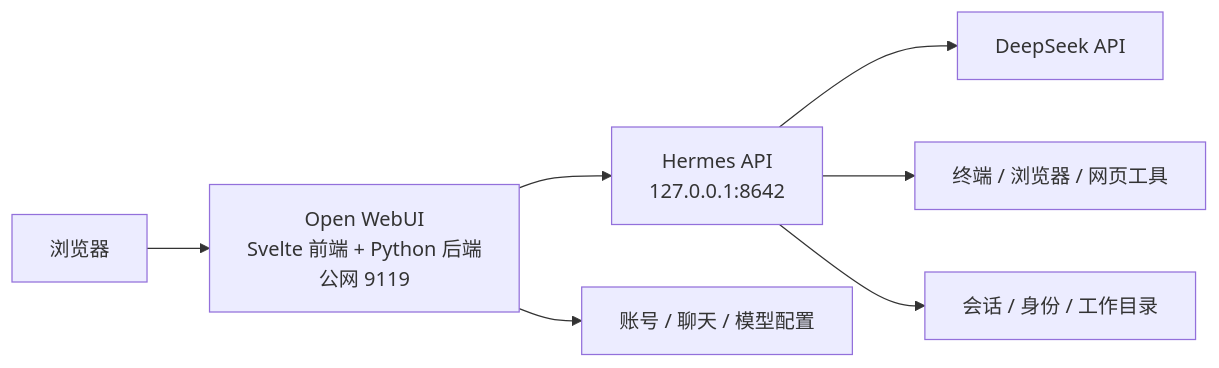
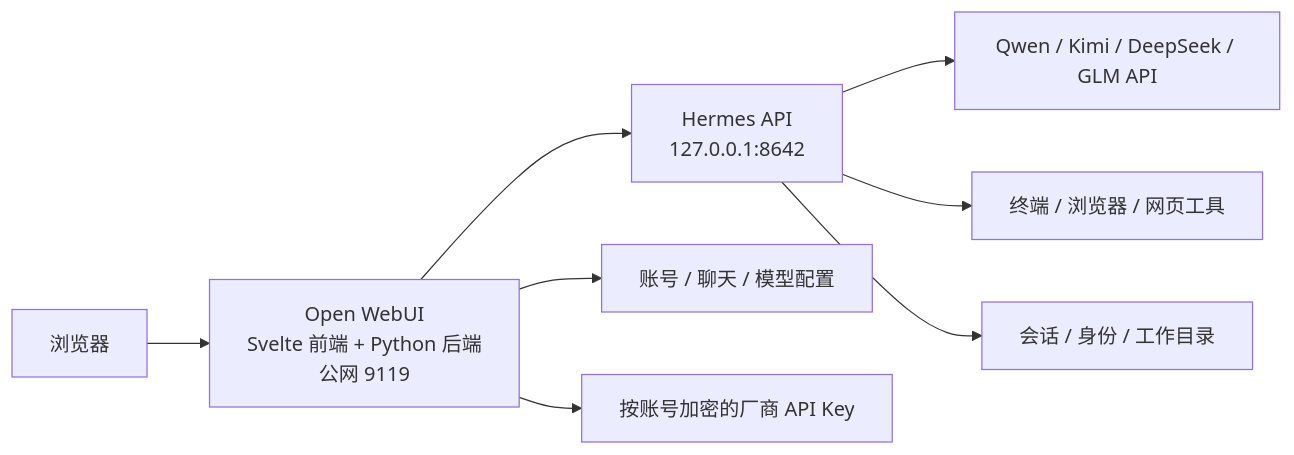
One commit to AcademicResearchAgent/Academic-Research-Hub changed the diagram in docs/development/ARCHITECTURE.md. Above: the diagram before and after it, drawn with Mermaid. The commit also changed other lines of this file and 22 other files, not shown here.

Commit message:
Add personal API keys and current research model selection

````diff
--- a/docs/development/ARCHITECTURE.md
+++ b/docs/development/ARCHITECTURE.md
@@ -5,9 +5,10 @@
 ```mermaid
 flowchart LR
     Browser[浏览器] --> UI[Open WebUI\nSvelte 前端 + Python 后端\n公网 9119]
     UI --> Agent[Hermes API\n127.0.0.1:8642]
-    Agent --> LLM[DeepSeek API]
+    Agent --> LLM[Qwen / Kimi / DeepSeek / GLM API]
     Agent --> Tools[终端 / 浏览器 / 网页工具]
     Agent --> State[会话 / 身份 / 工作目录]
     UI --> DB[账号 / 聊天 / 模型配置]
+    UI --> Keys[按账号加密的厂商 API Key]
 ```
````
